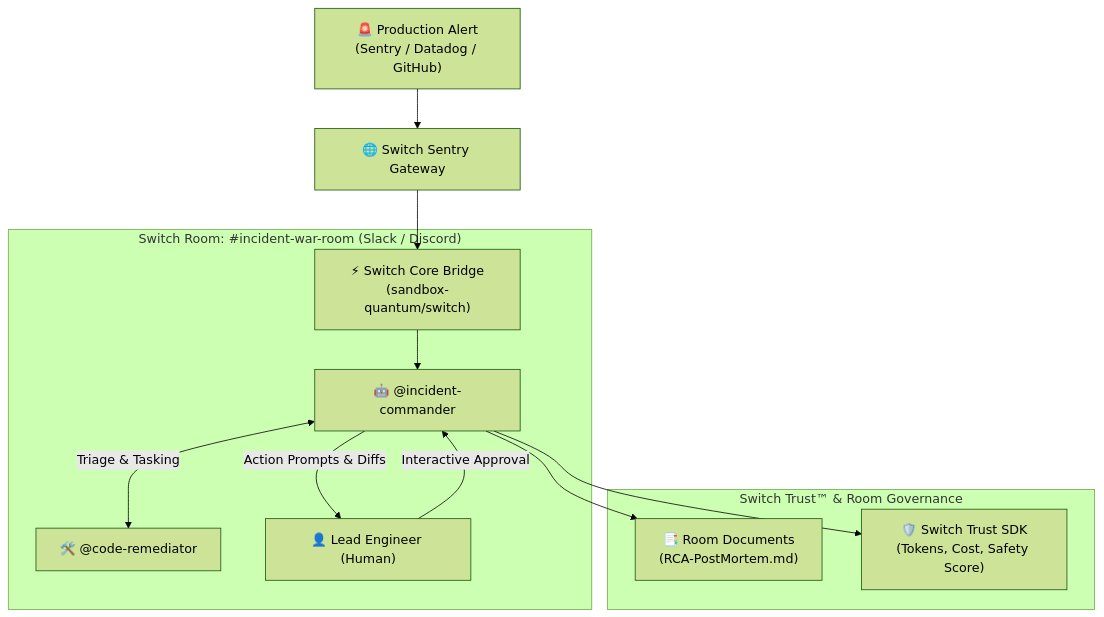
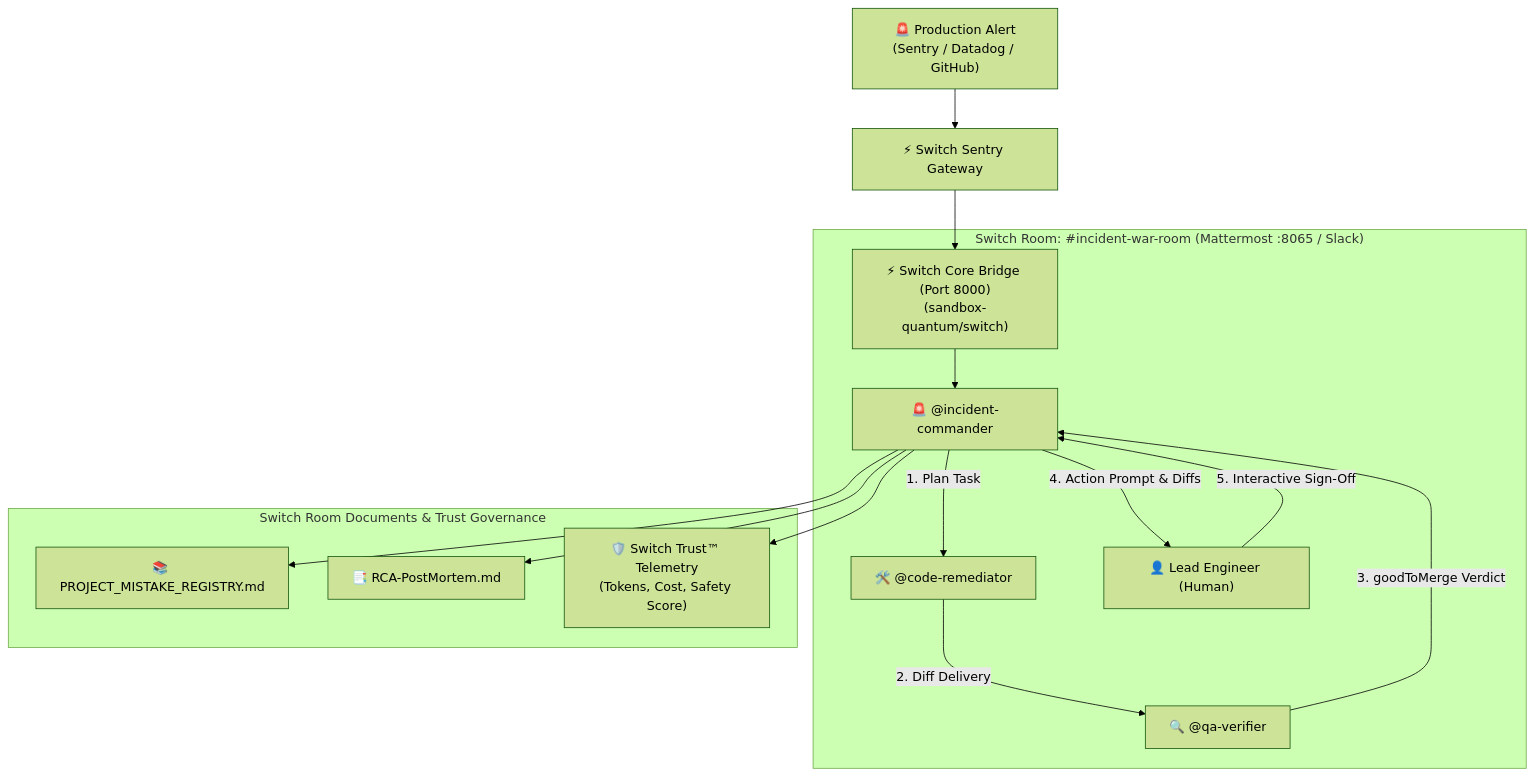
Before and after one commit to emmyanzx/switch-sentry: the second of 2 diagrams in README.md, drawn with Mermaid (forest theme). The commit also changed other lines of this file and 14 other files, not shown here.

Commit message:
feat: integrate Ziki-inspired SDLC pipeline, QA verifier, and mistake registry into Switch Sentry

````diff
--- a/README.md
+++ b/README.md
@@ -22,17 +37,20 @@
 ```mermaid
 flowchart TD
-    A["🚨 Production Alert<br>(Sentry / Datadog / GitHub)"] --> B["🌐 Switch Sentry Gateway"]
-    B --> C["⚡ Switch Core Bridge<br>(sandbox-quantum/switch)"]
+    A["🚨 Production Alert<br>(Sentry / Datadog / GitHub)"] --> B["⚡ Switch Sentry Gateway"]
+    B --> C["⚡ Switch Core Bridge (Port 8000)<br>(sandbox-quantum/switch)"]
     
-    subgraph "Switch Room: #incident-war-room (Slack / Discord)"
-        C --> D["🤖 @incident-commander"]
-        D <-->|"Triage & Tasking"| E["🛠️ @code-remediator"]
-        D -->|"Action Prompts & Diffs"| F["👤 Lead Engineer (Human)"]
-        F -->|"Interactive Approval"| D
+    subgraph "Switch Room: #incident-war-room (Mattermost :8065 / Slack)"
+        C --> D["🚨 @incident-commander"]
+        D -->|"1. Plan Task"| E["🛠️ @code-remediator"]
+        E -->|"2. Diff Delivery"| F["🔍 @qa-verifier"]
+        F -->|"3. goodToMerge Verdict"| D
+        D -->|"4. Action Prompt & Diffs"| H["👤 Lead Engineer (Human)"]
+        H -->|"5. Interactive Sign-Off"| D
     end
 
-    subgraph "Switch Trust™ & Room Governance"
-        D --> G["📑 Room Documents<br>(RCA-PostMortem.md)"]
-        D --> H["🛡️ Switch Trust SDK<br>(Tokens, Cost, Safety Score)"]
+    subgraph "Switch Room Documents & Trust Governance"
+        D --> G["📚 PROJECT_MISTAKE_REGISTRY.md"]
+        D --> I["📑 RCA-PostMortem.md"]
+        D --> J["🛡️ Switch Trust™ Telemetry<br>(Tokens, Cost, Safety Score)"]
     end
 ```
````
